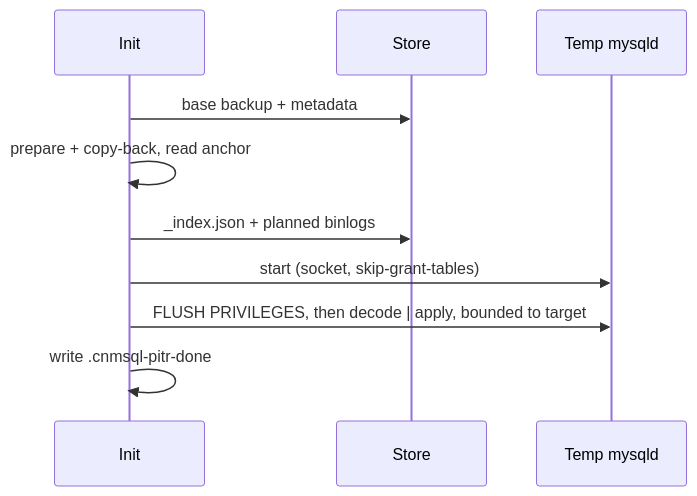
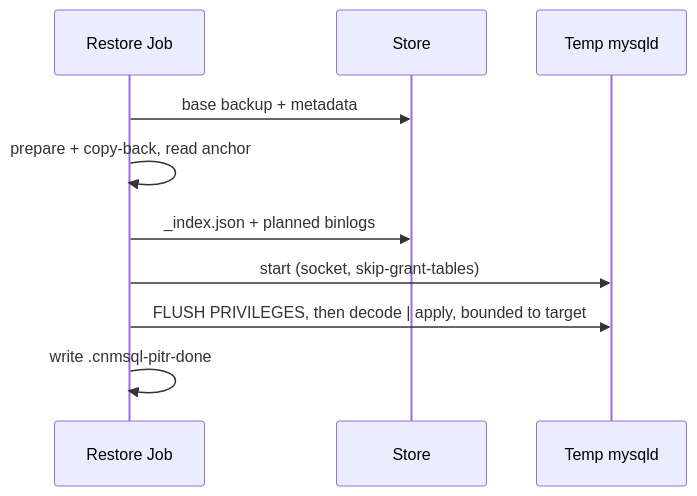
One commit to cnmsql/cnmsql changed the second of 2 diagrams in docs/src/pitr-internals.md. Above: the diagram before and after it, drawn with Mermaid. The commit also changed other lines of this file and 41 other files, not shown here.

````diff
--- a/docs/src/pitr-internals.md
+++ b/docs/src/pitr-internals.md
@@ -216,12 +216,12 @@
 ```mermaid
 sequenceDiagram
-    participant Init
+    participant Restore as Restore Job
     participant Store
     participant Temp as Temp mysqld
-    Init->>Store: base backup + metadata
-    Init->>Init: prepare + copy-back, read anchor
-    Init->>Store: _index.json + planned binlogs
-    Init->>Temp: start (socket, skip-grant-tables)
-    Init->>Temp: FLUSH PRIVILEGES, then decode | apply, bounded to target
-    Init->>Init: write .cnmsql-pitr-done
+    Restore->>Store: base backup + metadata
+    Restore->>Restore: prepare + copy-back, read anchor
+    Restore->>Store: _index.json + planned binlogs
+    Restore->>Temp: start (socket, skip-grant-tables)
+    Restore->>Temp: FLUSH PRIVILEGES, then decode | apply, bounded to target
+    Restore->>Restore: write .cnmsql-pitr-done
 ```
````
